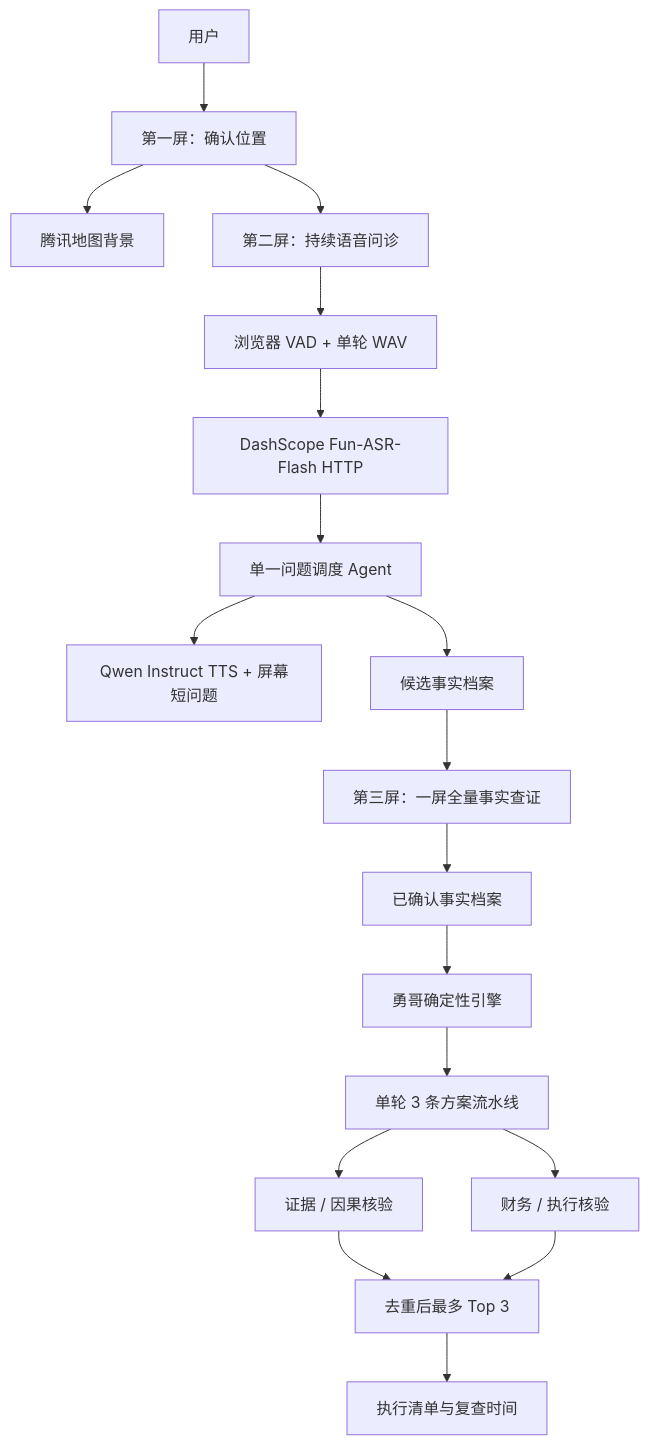
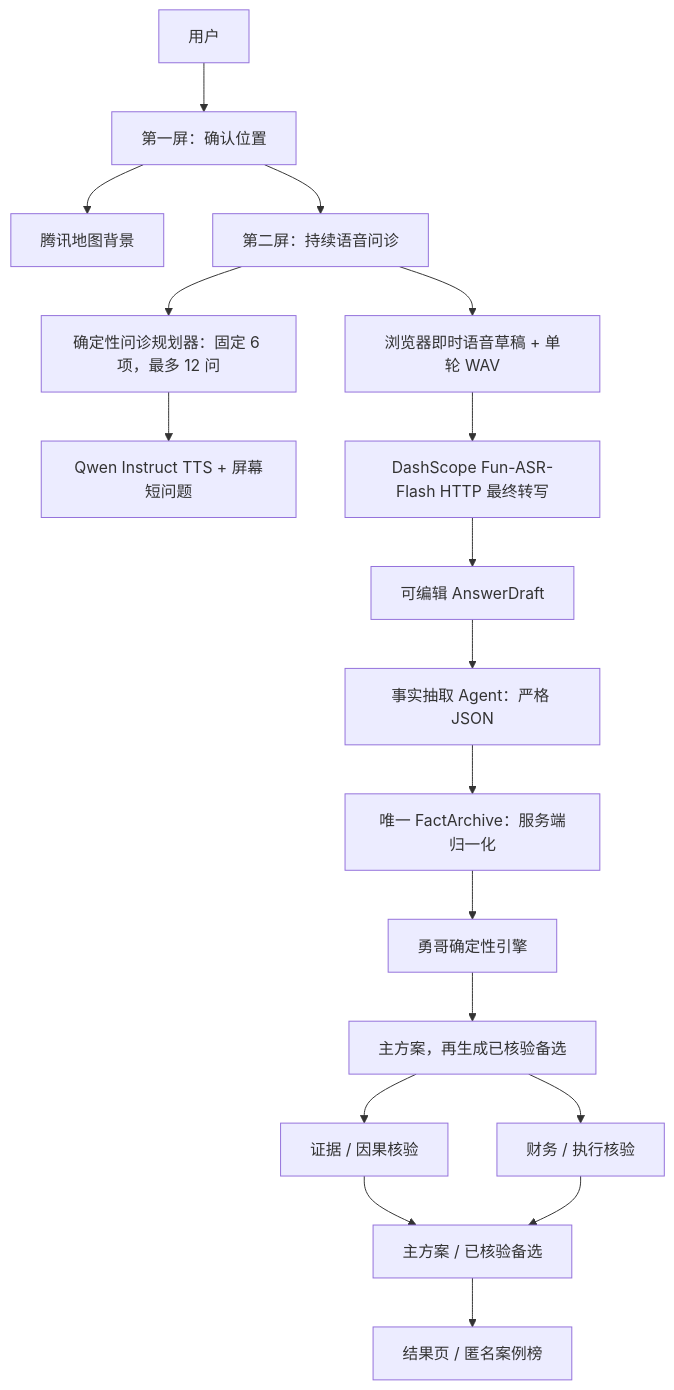
Before and after one commit to Vist233/AdventureX-ShopLooker: the first of 2 diagrams in ARCHITECTURE.md, drawn with Mermaid. The commit also changed other lines of this file and 20 other files, not shown here.

````diff
--- a/ARCHITECTURE.md
+++ b/ARCHITECTURE.md
@@ -14,20 +14,20 @@
 ```mermaid
 flowchart TD
   U["用户"] --> L["第一屏：确认位置"]
   L --> MAP["腾讯地图背景"]
   L --> I["第二屏：持续语音问诊"]
-  I --> VAD["浏览器 VAD + 单轮 WAV"]
-  VAD --> ASR["DashScope Fun-ASR-Flash HTTP"]
-  ASR --> Q["单一问题调度 Agent"]
+  I --> Q["确定性问诊规划器：固定 6 项，最多 12 问"]
   Q --> TTS["Qwen Instruct TTS + 屏幕短问题"]
-  Q --> F["候选事实档案"]
-  F --> R["第三屏：一屏全量事实查证"]
-  R --> CF["已确认事实档案"]
+  I --> VAD["浏览器即时语音草稿 + 单轮 WAV"]
+  VAD --> ASR["DashScope Fun-ASR-Flash HTTP 最终转写"]
+  ASR --> DRAFT["可编辑 AnswerDraft"]
+  DRAFT --> F["事实抽取 Agent：严格 JSON"]
+  F --> CF["唯一 FactArchive：服务端归一化"]
   CF --> D["勇哥确定性引擎"]
-  D --> S["单轮 3 条方案流水线"]
+  D --> S["主方案，再生成已核验备选"]
   S --> V1["证据 / 因果核验"]
   S --> V2["财务 / 执行核验"]
-  V1 --> TOP["去重后最多 Top 3"]
+  V1 --> TOP["主方案 / 已核验备选"]
   V2 --> TOP
-  TOP --> X["执行清单与复查时间"]
+  TOP --> X["结果页 / 匿名案例榜"]
 ```
````
